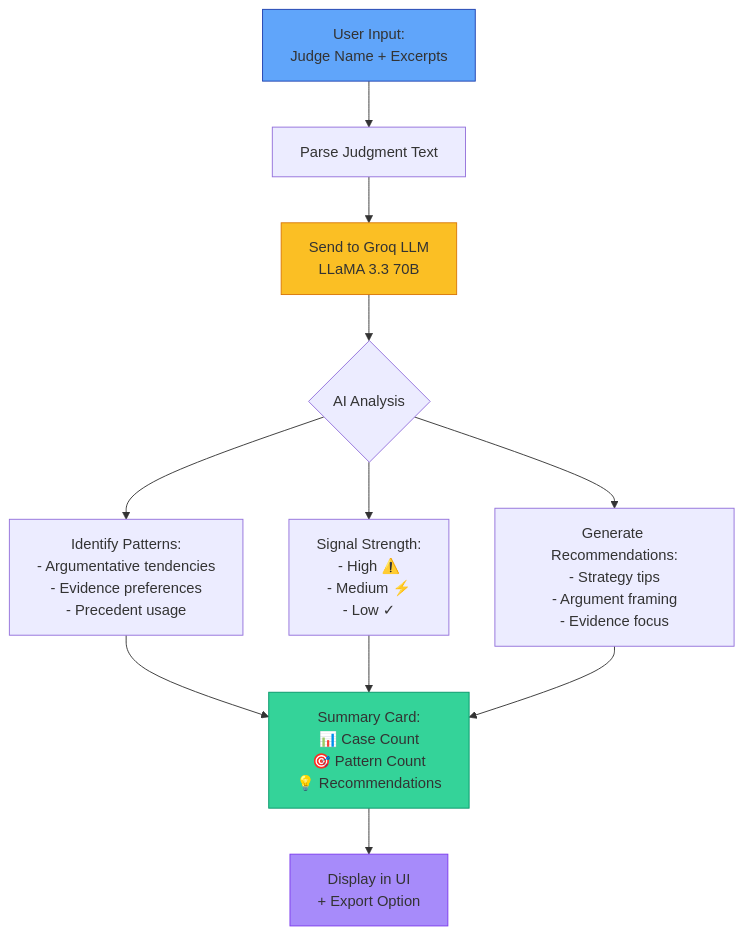
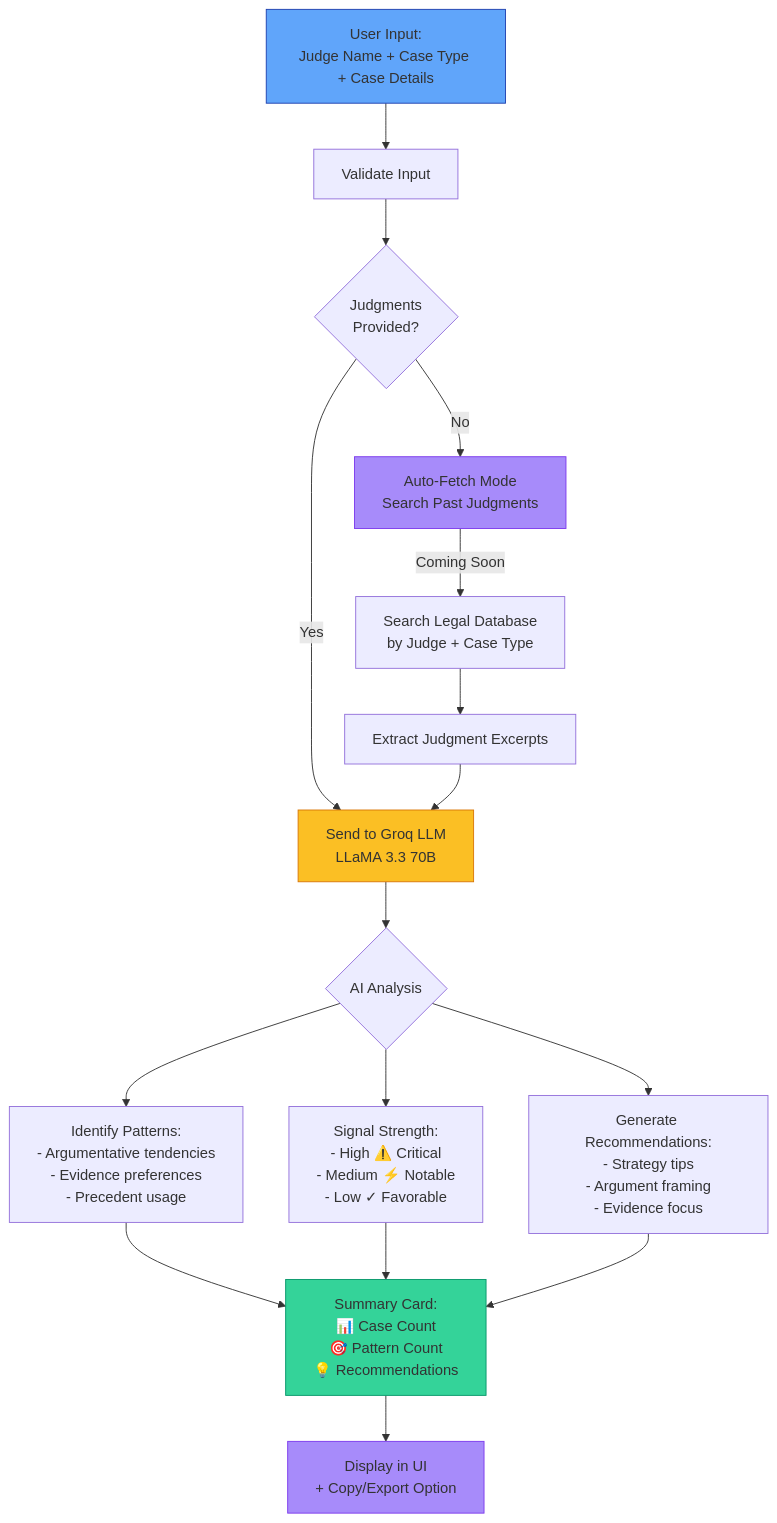
The fourth of 14 diagrams in docs/ARCHITECTURE_DIAGRAMS.md (DakshThakur-13/Junior), drawn with Mermaid before and after one commit. The commit also changed other lines of this file, not shown here.

First line of the commit message:
Update architecture diagrams - Dec 26, 2025

````diff
--- a/docs/ARCHITECTURE_DIAGRAMS.md
+++ b/docs/ARCHITECTURE_DIAGRAMS.md
@@ -127,24 +129,32 @@
 ```mermaid
 graph TD
-    INPUT[User Input:<br/>Judge Name + Excerpts] --> PARSE[Parse Judgment Text]
-    PARSE --> GROQ[Send to Groq LLM<br/>LLaMA 3.3 70B]
+    INPUT[User Input:<br/>Judge Name + Case Type + Case Details] --> VALIDATE[Validate Input]
+    VALIDATE --> CHECK{Judgments<br/>Provided?}
+    
+    CHECK -->|Yes| GROQ[Send to Groq LLM<br/>LLaMA 3.3 70B]
+    CHECK -->|No| AUTOFETCH[Auto-Fetch Mode<br/>Search Past Judgments]
+    
+    AUTOFETCH -->|Coming Soon| SEARCH[Search Legal Database<br/>by Judge + Case Type]
+    SEARCH --> EXTRACT[Extract Judgment Excerpts]
+    EXTRACT --> GROQ
     
     GROQ --> ANALYZE{AI Analysis}
     
     ANALYZE --> PATTERNS[Identify Patterns:<br/>- Argumentative tendencies<br/>- Evidence preferences<br/>- Precedent usage]
     
-    ANALYZE --> SIGNALS[Signal Strength:<br/>- High ⚠️<br/>- Medium ⚡<br/>- Low ✓]
+    ANALYZE --> SIGNALS[Signal Strength:<br/>- High ⚠️ Critical<br/>- Medium ⚡ Notable<br/>- Low ✓ Favorable]
     
     ANALYZE --> RECOMMEND[Generate Recommendations:<br/>- Strategy tips<br/>- Argument framing<br/>- Evidence focus]
     
     PATTERNS --> SUMMARY[Summary Card:<br/>📊 Case Count<br/>🎯 Pattern Count<br/>💡 Recommendations]
     SIGNALS --> SUMMARY
     RECOMMEND --> SUMMARY
     
-    SUMMARY --> UI[Display in UI<br/>+ Export Option]
+    SUMMARY --> UI[Display in UI<br/>+ Copy/Export Option]
     
     style INPUT fill:#60a5fa,stroke:#1e40af
+    style AUTOFETCH fill:#a78bfa,stroke:#7c3aed
     style GROQ fill:#fbbf24,stroke:#d97706
     style SUMMARY fill:#34d399,stroke:#059669
     style UI fill:#a78bfa,stroke:#7c3aed
 ```
````
